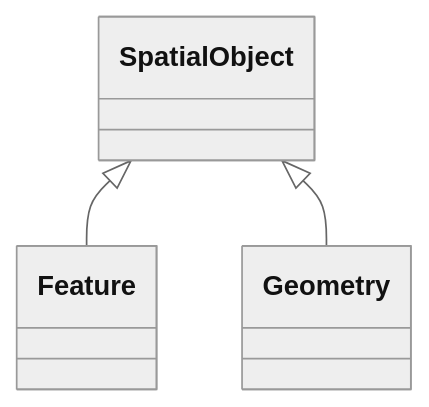
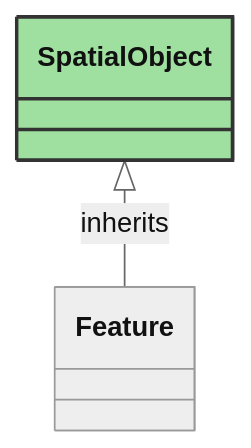
The diagram in docs/WattApp/SpatialObject.md (3lbits/NoCIMExtensions), drawn with Mermaid (neutral theme) before and after one commit. The commit also changed other lines of this file and 60 other files, not shown here.

````diff
--- a/docs/WattApp/SpatialObject.md
+++ b/docs/WattApp/SpatialObject.md
@@ -16,11 +8,17 @@
 ```mermaid
- classDiagram
+classDiagram
     class SpatialObject
     click SpatialObject href "../SpatialObject"
-      SpatialObject <|-- Feature
-        click Feature href "../Feature"
-      SpatialObject <|-- Geometry
-        click Geometry href "../Geometry"
-      
-      
+    style SpatialObject fill:#9fdf9f,stroke:#333,stroke-width:2px,rx:10,ry:10
+
+        SpatialObject <|-- Feature : inherits
+            click SpatialObject href "../SpatialObject"
+            style SpatialObject rx:10,ry:10
+
+        Feature
+            click Feature href "../Feature"
+            style Feature rx:10,ry:10
+
+
+
 ```
````
